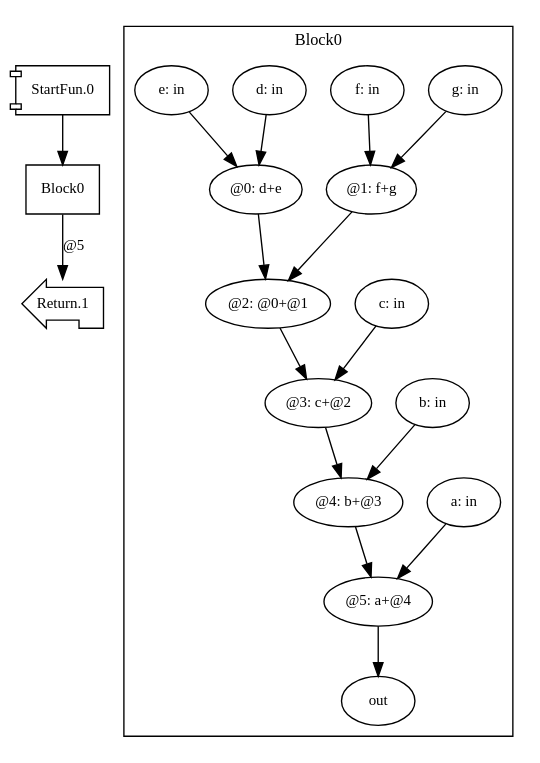
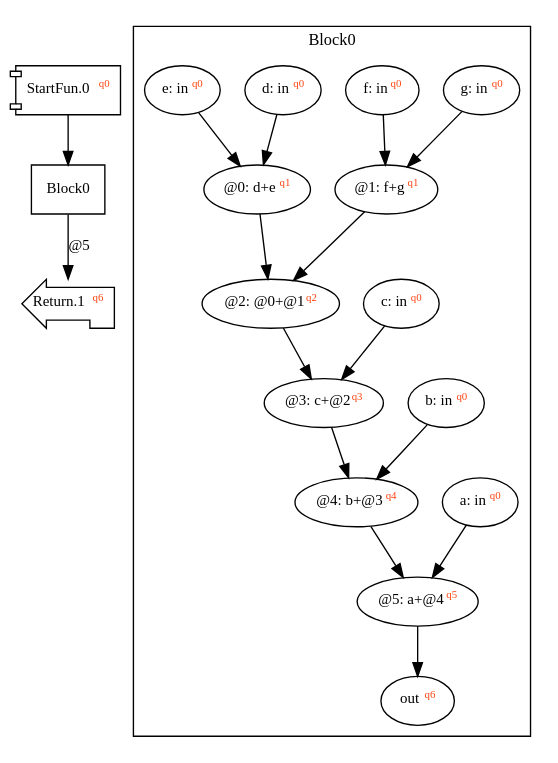
The diagram in dist/add7.dot (akouryy/SyntheScala), drawn with Graphviz before and after one commit. The commit also changed 8 other files, not shown here.

Commit message:
Fix GorgeousScheduler and improve GraphDrawer

```diff
--- a/dist/add7.dot
+++ b/dist/add7.dot
@@ -1,13 +1,13 @@
 digraph Program_ {
 graph [fontname = "Monaco", fontsize = 12, ranksep = 0.5];
 node [shape = box, fontname = "Monaco", fontsize = 11; colorscheme = pastel19];
 edge [fontname = "Monaco", fontsize = 11; colorscheme = pastel19];
-Jump0[label = "StartFun.0"; shape = component];
+Jump0[label = <StartFun.0<font color="#ff4411" point-size="8"><sup>q0</sup></font>>; shape = component];
 Jump0 -> Block0;
-Jump1[label = "Return.1"; shape = lpromoter];
+Jump1[label = <Return.1<font color="#ff4411" point-size="8"><sup>q6</sup></font>>; shape = lpromoter];
 Block0 -> Jump1 [label="@5"];
 Block0 [label = "Block0"];
 subgraph cluster_dfg_Block0{
 node [shape = oval];
 label = "Block0";
-ndBlock0_0 [label="g: in"];ndBlock0_1 [label="f: in"];ndBlock0_2 [label="a: in"];ndBlock0_3 [label="b: in"];ndBlock0_4 [label="@5: a+@4"];ndBlock0_5 [label="@0: d+e"];ndBlock0_6 [label="d: in"];ndBlock0_7 [label="@1: f+g"];ndBlock0_8 [label="c: in"];ndBlock0_9 [label="out"];ndBlock0_10 [label="@4: b+@3"];ndBlock0_11 [label="@2: @0+@1"];ndBlock0_12 [label="e: in"];ndBlock0_13 [label="@3: c+@2"];ndBlock0_3 -> ndBlock0_10; ndBlock0_13 -> ndBlock0_10; ndBlock0_0 -> ndBlock0_7; ndBlock0_1 -> ndBlock0_7; ndBlock0_5 -> ndBlock0_11; ndBlock0_7 -> ndBlock0_11; ndBlock0_8 -> ndBlock0_13; ndBlock0_11 -> ndBlock0_13; ndBlock0_4 -> ndBlock0_9; ndBlock0_2 -> ndBlock0_4; ndBlock0_10 -> ndBlock0_4; ndBlock0_6 -> ndBlock0_5; ndBlock0_12 -> ndBlock0_5; }}
+ndBlock0_0 [label=<g: in<font color="#ff4411" point-size="8"><sup>q0</sup></font>>];ndBlock0_1 [label=<f: in<font color="#ff4411" point-size="8"><sup>q0</sup></font>>];ndBlock0_2 [label=<a: in<font color="#ff4411" point-size="8"><sup>q0</sup></font>>];ndBlock0_3 [label=<b: in<font color="#ff4411" point-size="8"><sup>q0</sup></font>>];ndBlock0_4 [label=<@5: a+@4<font color="#ff4411" point-size="8"><sup>q5</sup></font>>];ndBlock0_5 [label=<@0: d+e<font color="#ff4411" point-size="8"><sup>q1</sup></font>>];ndBlock0_6 [label=<d: in<font color="#ff4411" point-size="8"><sup>q0</sup></font>>];ndBlock0_7 [label=<@1: f+g<font color="#ff4411" point-size="8"><sup>q1</sup></font>>];ndBlock0_8 [label=<c: in<font color="#ff4411" point-size="8"><sup>q0</sup></font>>];ndBlock0_9 [label=<out<font color="#ff4411" point-size="8"><sup>q6</sup></font>>];ndBlock0_10 [label=<@4: b+@3<font color="#ff4411" point-size="8"><sup>q4</sup></font>>];ndBlock0_11 [label=<@2: @0+@1<font color="#ff4411" point-size="8"><sup>q2</sup></font>>];ndBlock0_12 [label=<e: in<font color="#ff4411" point-size="8"><sup>q0</sup></font>>];ndBlock0_13 [label=<@3: c+@2<font color="#ff4411" point-size="8"><sup>q3</sup></font>>];ndBlock0_3 -> ndBlock0_10; ndBlock0_13 -> ndBlock0_10; ndBlock0_0 -> ndBlock0_7; ndBlock0_1 -> ndBlock0_7; ndBlock0_5 -> ndBlock0_11; ndBlock0_7 -> ndBlock0_11; ndBlock0_8 -> ndBlock0_13; ndBlock0_11 -> ndBlock0_13; ndBlock0_4 -> ndBlock0_9; ndBlock0_2 -> ndBlock0_4; ndBlock0_10 -> ndBlock0_4; ndBlock0_6 -> ndBlock0_5; ndBlock0_12 -> ndBlock0_5; }}
```
